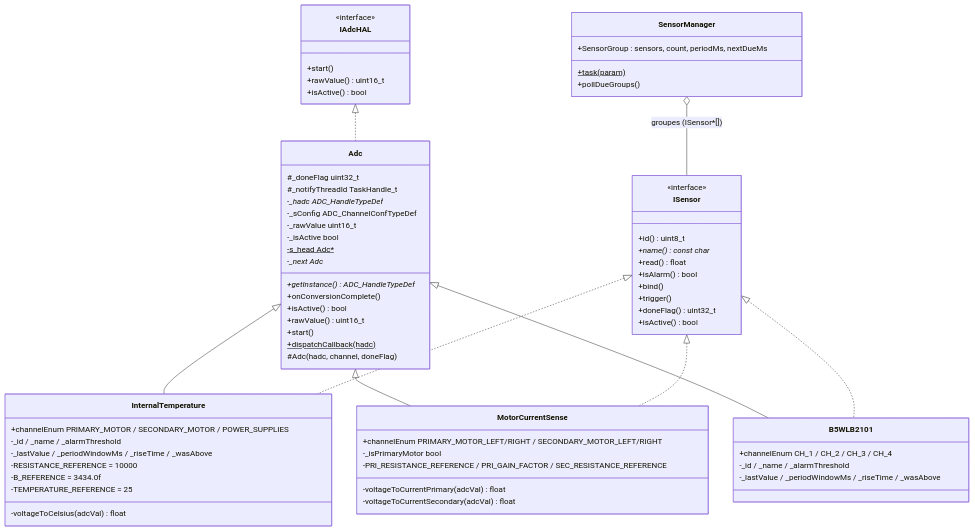
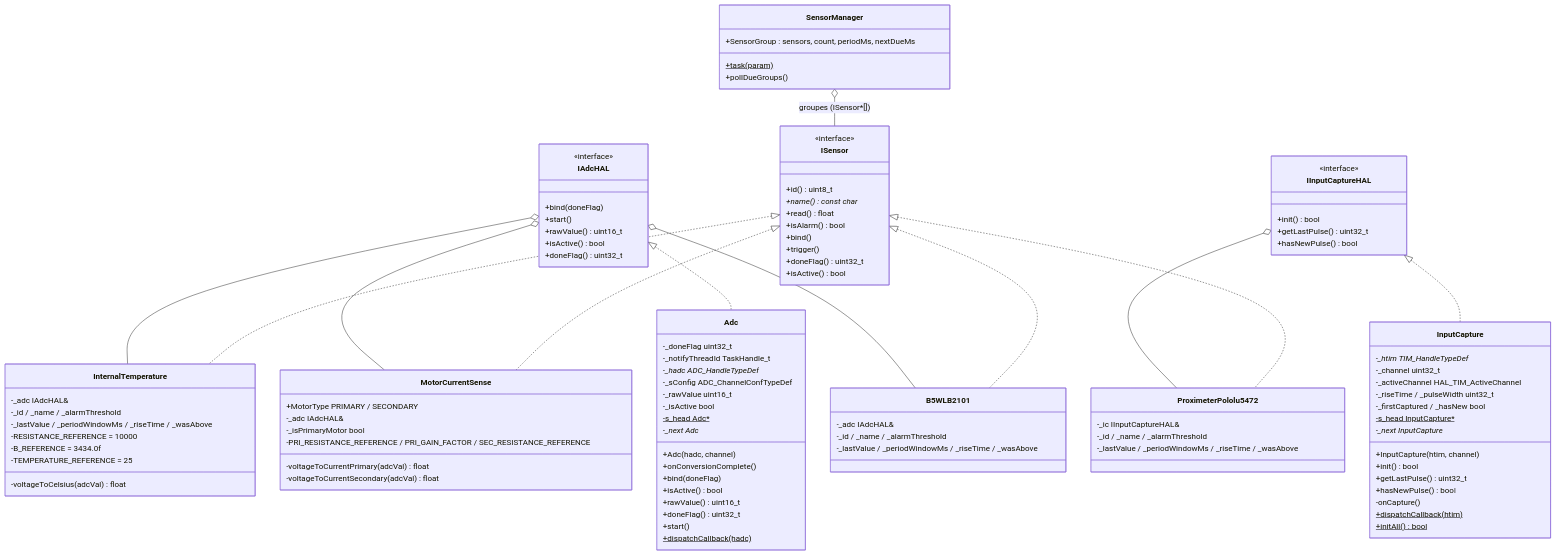
One commit to Soupalognon/Wall-A-Software changed the first of 3 diagrams in architecture_sensors2.md. Above: the diagram before and after it, drawn with Mermaid. The commit also changed other lines of this file and 29 other files, not shown here.

```diff
--- a/architecture_sensors2.md
+++ b/architecture_sensors2.md
@@ -28,35 +39,63 @@
 
     class IAdcHAL {
         <<interface>>
+        +bind(doneFlag)
         +start()
         +rawValue() uint16_t
         +isActive() bool
+        +doneFlag() uint32_t
     }
 
-    %% ── Driver Adc (base commune) ───────────────────────────────────────────
+    class IInputCaptureHAL {
+        <<interface>>
+        +init() bool
+        +getLastPulse() uint32_t
+        +hasNewPulse() bool
+    }
+
+    %% ── Drivers ─────────────────────────────────────────────────────────────
     class Adc {
-        #_doneFlag uint32_t
-        #_notifyThreadId TaskHandle_t
+        -_doneFlag uint32_t
+        -_notifyThreadId TaskHandle_t
         -_hadc ADC_HandleTypeDef*
         -_sConfig ADC_ChannelConfTypeDef
         -_rawValue uint16_t
         -_isActive bool
         -s_head Adc*$
         -_next Adc*
-        +getInstance() ADC_HandleTypeDef*
+        +Adc(hadc, channel)
         +onConversionComplete()
+        +bind(doneFlag)
         +isActive() bool
         +rawValue() uint16_t
+        +doneFlag() uint32_t
         +start()
         +dispatchCallback(hadc)$
-        #Adc(hadc, channel, doneFlag)
     }
 
-    IAdcHAL <|.. Adc
+    class InputCapture {
+        -_htim TIM_HandleTypeDef*
+        -_channel uint32_t
+        -_activeChannel HAL_TIM_ActiveChannel
+        -_riseTime / _pulseWidth uint32_t
+        -_firstCaptured / _hasNew bool
+        -s_head InputCapture*$
+        -_next InputCapture*
+        +InputCapture(htim, channel)
+        +init() bool
+        +getLastPulse() uint32_t
+        +hasNewPulse() bool
+        -onCapture()
+        +dispatchCallback(htim)$
+        +initAll()$ bool
+    }
+
+    IAdcHAL          <|.. Adc
+    IInputCaptureHAL <|.. InputCapture
 
     %% ── Capteurs concrets ───────────────────────────────────────────────────
     class InternalTemperature {
-        +channelEnum PRIMARY_MOTOR / SECONDARY_MOTOR / POWER_SUPPLIES
+        -_adc IAdcHAL&
         -_id / _name / _alarmThreshold
         -_lastValue / _periodWindowMs / _riseTime / _wasAbove
         -RESISTANCE_REFERENCE = 10000
@@ -66,7 +105,8 @@
     }
 
     class MotorCurrentSense {
-        +channelEnum PRIMARY_MOTOR_LEFT/RIGHT / SECONDARY_MOTOR_LEFT/RIGHT
+        +MotorType PRIMARY / SECONDARY
+        -_adc IAdcHAL&
         -_isPrimaryMotor bool
         -PRI_RESISTANCE_REFERENCE / PRI_GAIN_FACTOR / SEC_RESISTANCE_REFERENCE
         -voltageToCurrentPrimary(adcVal) float
@@ -74,17 +114,25 @@
     }
 
     class B5WLB2101 {
-        +channelEnum CH_1 / CH_2 / CH_3 / CH_4
+        -_adc IAdcHAL&
         -_id / _name / _alarmThreshold
         -_lastValue / _periodWindowMs / _riseTime / _wasAbove
     }
 
-    Adc      <|-- InternalTemperature
+    class ProximeterPololu5472 {
+        -_ic IInputCaptureHAL&
+        -_id / _name / _alarmThreshold
+        -_lastValue / _periodWindowMs / _riseTime / _wasAbove
+    }
+
     ISensor  <|.. InternalTemperature
-    Adc      <|-- MotorCurrentSense
+    IAdcHAL  o-- InternalTemperature
     ISensor  <|.. MotorCurrentSense
-    Adc      <|-- B5WLB2101
+    IAdcHAL  o-- MotorCurrentSense
     ISensor  <|.. B5WLB2101
+    IAdcHAL  o-- B5WLB2101
+    ISensor          <|.. ProximeterPololu5472
+    IInputCaptureHAL o-- ProximeterPololu5472
 
     %% ── Orchestration ───────────────────────────────────────────────────────
     class SensorManager {
```
